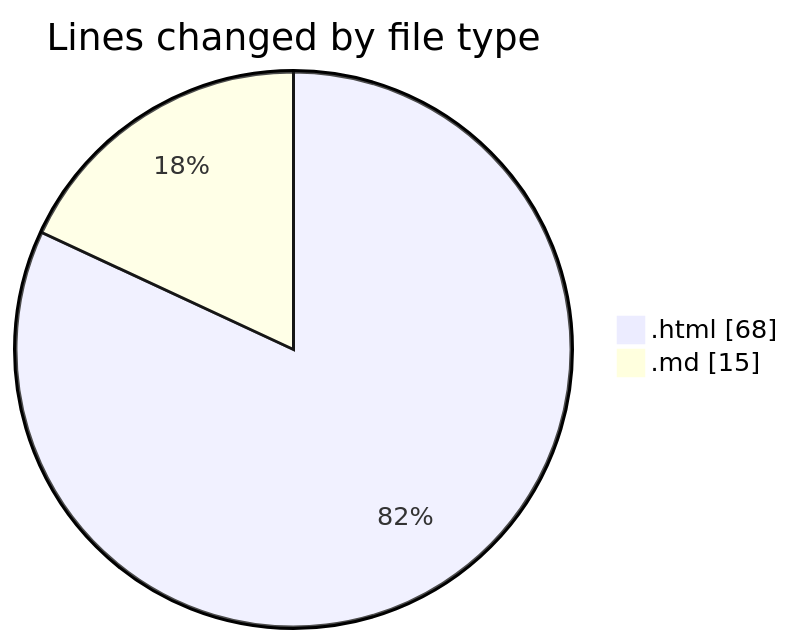
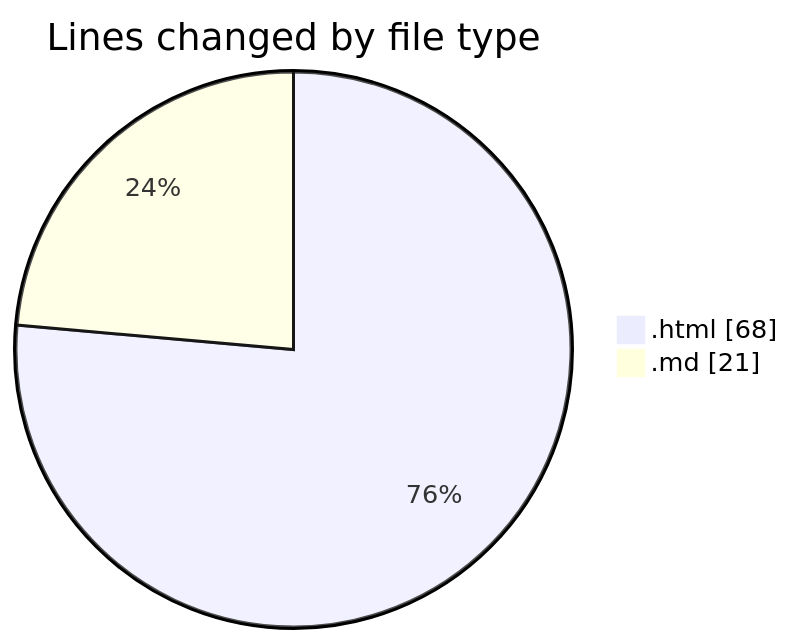
The first of 2 diagrams in 2025-07-04/urlwebwala_intership_work/README.md (Ritupan-Deka/code-tracking), drawn with Mermaid before and after one commit. The commit also changed other lines of this file and 1 other file, not shown here.

````diff
--- a/2025-07-04/urlwebwala_intership_work/README.md
+++ b/2025-07-04/urlwebwala_intership_work/README.md
@@ -21,6 +21,6 @@
 ```mermaid
 pie showData
 title Lines changed by file type
 ".html" : 68
-".md" : 15
+".md" : 21
 ```
````
